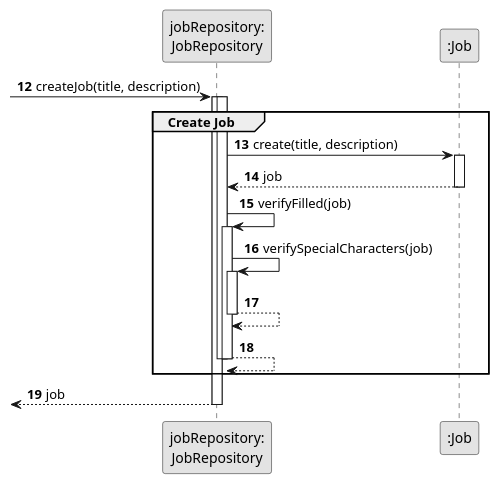
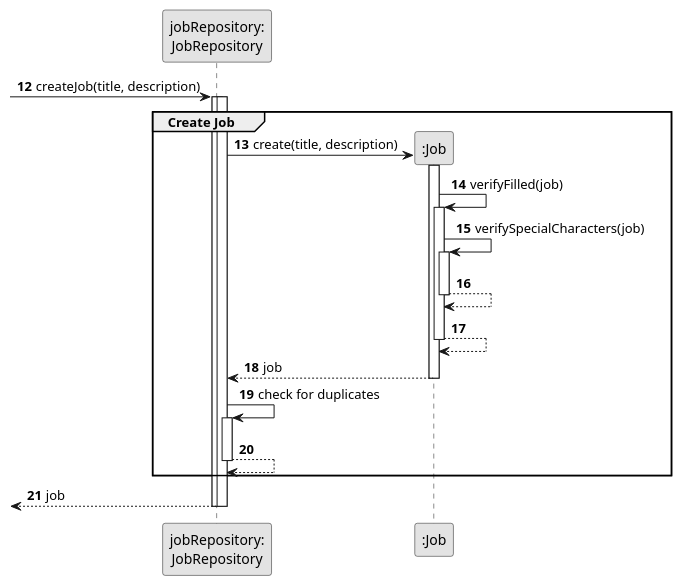
One commit to ricardomm7/leaflink changed the diagram in docs/sprintB/us002/03.design/puml/us002-sequence-diagram-partial-create-job.puml. Above: the diagram before and after it, drawn with PlantUML. The commit also changed 14 other files, not shown here.

```diff
--- a/docs/sprintB/us002/03.design/puml/us002-sequence-diagram-partial-create-job.puml
+++ b/docs/sprintB/us002/03.design/puml/us002-sequence-diagram-partial-create-job.puml
@@ -1,36 +1,41 @@
 @startuml
 skinparam monochrome true
 skinparam packageStyle rectangle
 skinparam shadowing false
 
 autonumber 12
 
 'hide footbox
 participant "jobRepository:\nJobRepository" as JobRepository
 participant ":Job" as Job
 -> JobRepository : createJob(title, description)
 activate JobRepository
 
 group Create Job
 activate JobRepository
 
-    JobRepository -> Job : create(title, description)
+    JobRepository -> Job** : create(title, description)
         activate Job
-        Job --> JobRepository : job
+
+    Job -> Job : verifyFilled(job)
+        activate Job
+        Job -> Job : verifySpecialCharacters(job)
+        activate Job
+        Job --> Job
         deactivate Job
-
-    JobRepository -> JobRepository : verifyFilled(job)
-        activate JobRepository
-        JobRepository -> JobRepository : verifySpecialCharacters(job)
-        activate JobRepository
-        JobRepository --> JobRepository
-        deactivate JobRepository
+    Job --> Job
+    deactivate Job
+    'Job -> Job : addJob(job)
+    Job --> JobRepository : job
+    deactivate Job
+    JobRepository -> JobRepository : check for duplicates
+    activate JobRepository
     JobRepository --> JobRepository
-    deactivate JobRepository
-
 deactivate JobRepository
+    deactivate Job
 end
 <-- JobRepository : job
 deactivate JobRepository
+deactivate JobRepository
 
 @enduml
```
